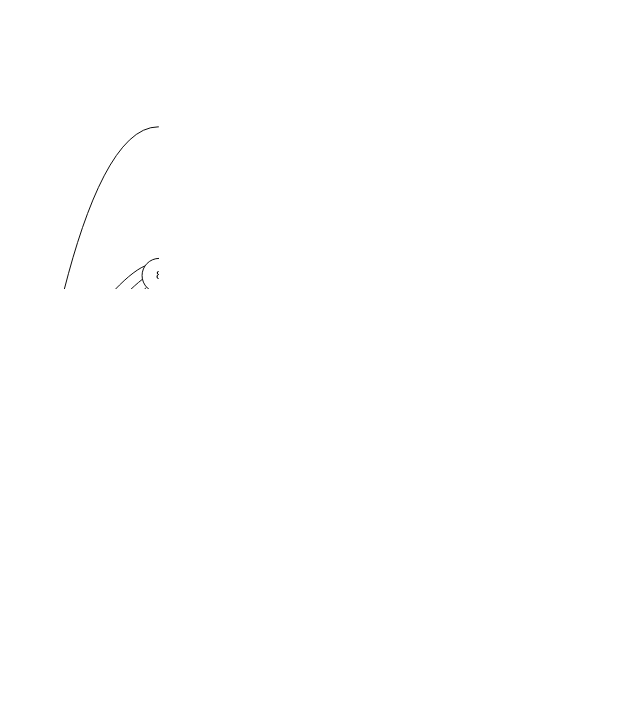
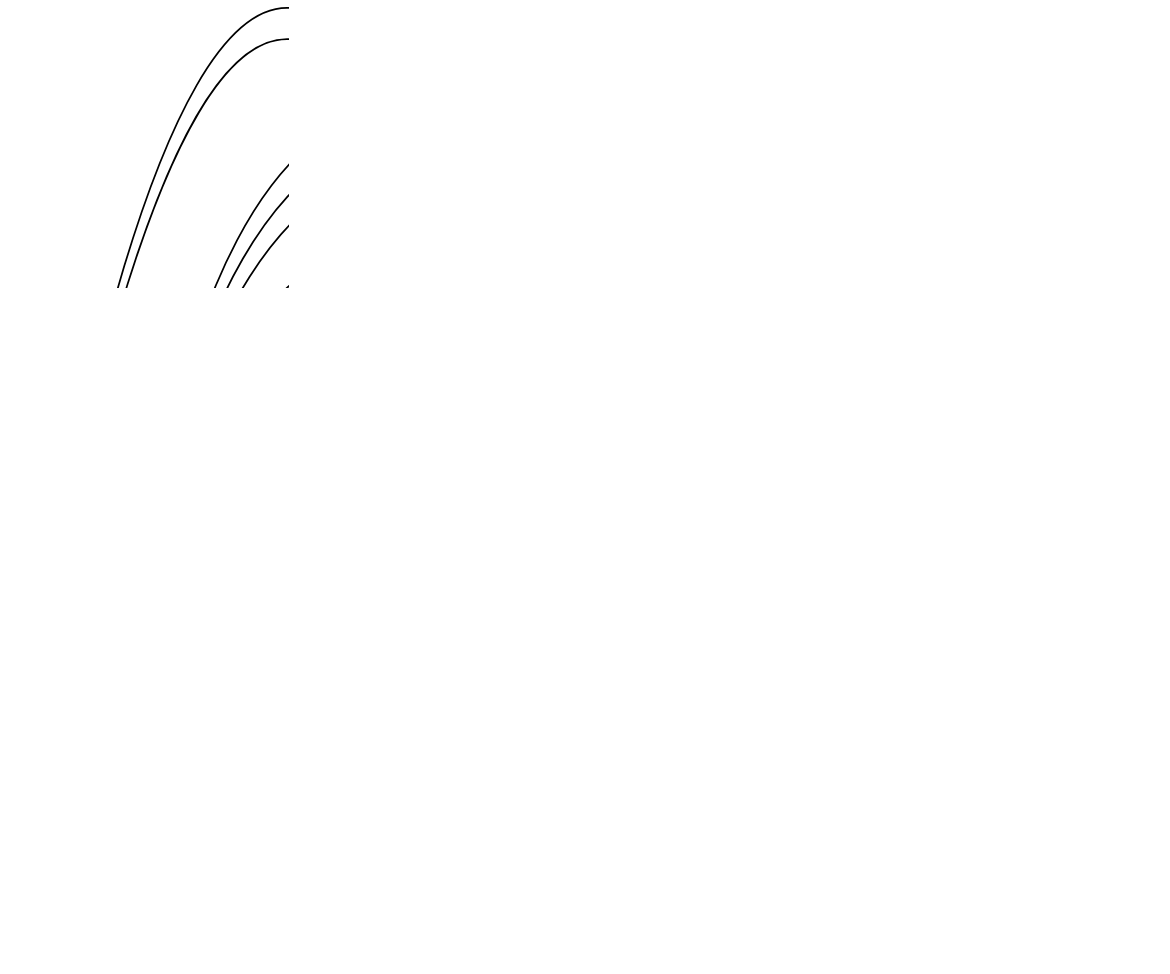
The diagram in graphs-networks/c-networks/first-random/graphviz/list_graph.dot (mickey-is-codin/data-structures), drawn with Graphviz before and after one commit. The commit also changed 2 other files, not shown here.

```diff
--- a/graphs-networks/c-networks/first-random/graphviz/list_graph.dot
+++ b/graphs-networks/c-networks/first-random/graphviz/list_graph.dot
@@ -1,107 +1,52 @@
 graph unix {
 	graph [ dpi = 300 ];
 	node [shape=circle];
 	size="6,6";
 	rankdir="LR";
 
+	"0" -- "6"
+	"0" -- "4"
 	"0" -- "7"
 	"0" -- "8"
-	"0" -- "8"
-	"0" -- "2"
-	"0" -- "8"
-	"0" -- "7"
+	"0" -- "5"
 	"0" -- "3"
-	"0" -- "9"
-	"1" -- "3"
-	"1" -- "8"
-	"1" -- "5"
-	"1" -- "0"
-	"1" -- "7"
-	"1" -- "7"
-	"1" -- "5"
+	"0" -- "6"
+	"1" -- "9"
+	"1" -- "9"
 	"1" -- "4"
-	"1" -- "3"
-	"1" -- "6"
-	"2" -- "3"
+	"2" -- "8"
 	"2" -- "4"
-	"2" -- "8"
-	"2" -- "7"
-	"2" -- "6"
-	"2" -- "8"
-	"2" -- "8"
-	"2" -- "5"
-	"2" -- "7"
-	"3" -- "5"
-	"3" -- "0"
-	"3" -- "1"
-	"3" -- "9"
-	"3" -- "9"
+	"3" -- "2"
+	"3" -- "6"
+	"3" -- "6"
 	"3" -- "7"
-	"3" -- "1"
-	"3" -- "7"
-	"3" -- "2"
-	"3" -- "9"
-	"3" -- "4"
-	"3" -- "0"
-	"3" -- "5"
-	"3" -- "4"
-	"4" -- "3"
+	"4" -- "7"
+	"4" -- "6"
+	"4" -- "0"
 	"4" -- "2"
 	"4" -- "5"
-	"4" -- "0"
-	"4" -- "6"
-	"4" -- "5"
-	"4" -- "8"
-	"4" -- "9"
-	"4" -- "6"
-	"4" -- "5"
-	"4" -- "3"
-	"4" -- "3"
+	"5" -- "8"
+	"5" -- "4"
 	"5" -- "3"
-	"5" -- "3"
-	"5" -- "8"
 	"5" -- "2"
-	"5" -- "2"
-	"5" -- "0"
-	"5" -- "9"
-	"5" -- "6"
-	"5" -- "3"
-	"6" -- "3"
-	"6" -- "1"
+	"6" -- "4"
+	"6" -- "5"
 	"6" -- "9"
 	"6" -- "4"
-	"6" -- "4"
-	"6" -- "2"
 	"6" -- "1"
 	"6" -- "7"
+	"6" -- "9"
 	"6" -- "7"
-	"6" -- "7"
-	"7" -- "8"
-	"7" -- "9"
-	"7" -- "4"
-	"7" -- "5"
-	"7" -- "5"
-	"7" -- "5"
-	"7" -- "5"
-	"7" -- "1"
-	"7" -- "8"
-	"8" -- "4"
-	"8" -- "0"
-	"8" -- "7"
+	"6" -- "4"
+	"6" -- "5"
+	"6" -- "1"
+	"6" -- "5"
+	"7" -- "3"
+	"7" -- "6"
+	"7" -- "0"
 	"8" -- "2"
-	"8" -- "0"
-	"8" -- "2"
-	"8" -- "4"
 	"8" -- "5"
 	"8" -- "5"
-	"8" -- "5"
-	"8" -- "2"
-	"9" -- "4"
-	"9" -- "1"
-	"9" -- "8"
-	"9" -- "3"
-	"9" -- "1"
-	"9" -- "8"
-	"9" -- "4"
-	"9" -- "3"
+	"8" -- "1"
+	"9" -- "5"
 }
```
